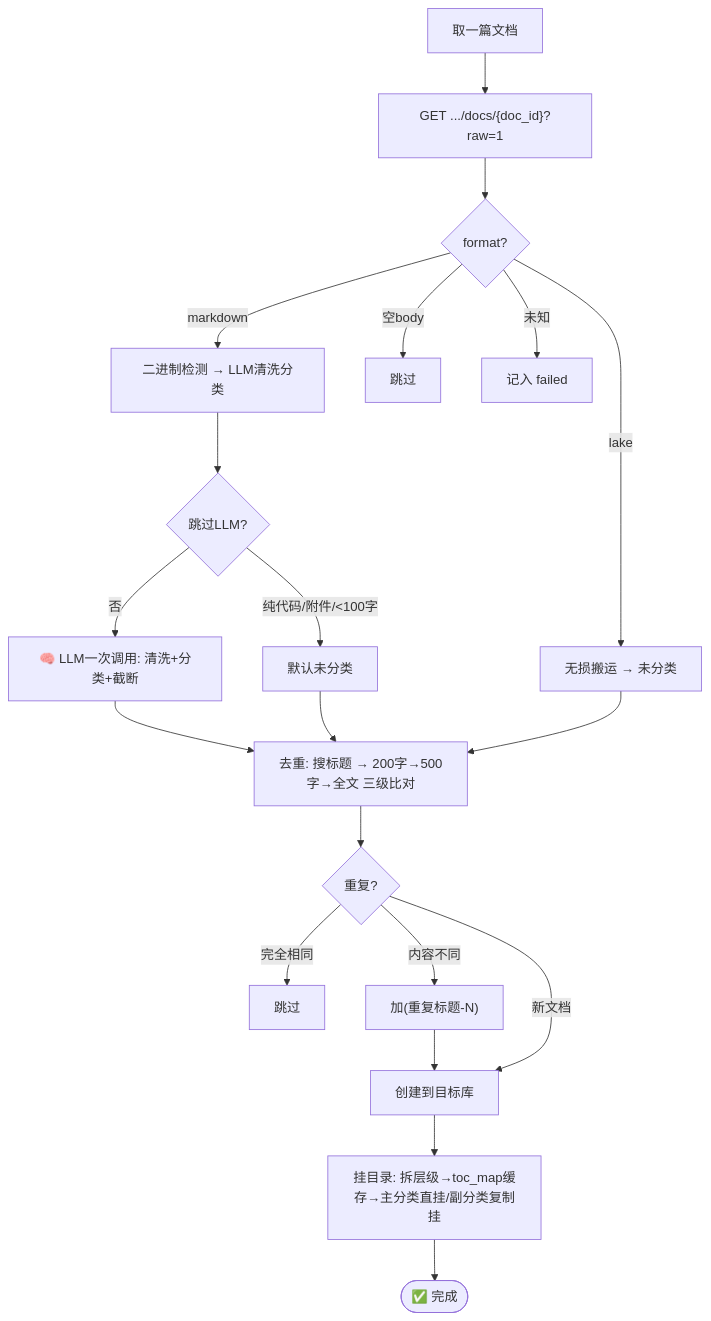
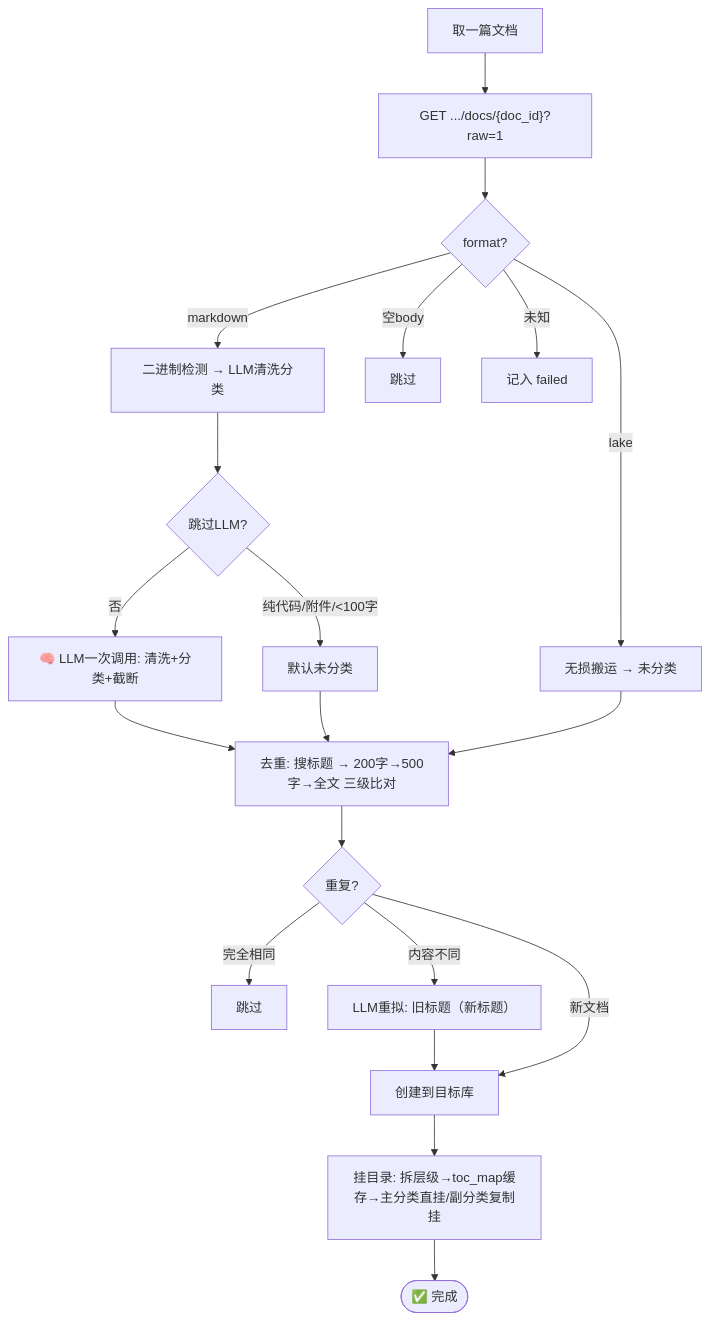
Before and after one commit to yehuoshun/yuque-migration-skill: the second of 4 diagrams in README.md, drawn with Mermaid. The commit also changed 1 other file, not shown here.

Commit message:
feat: 同标题不同内容用LLM重拟标题替代(重复标题-N)，格式: 旧标题（新标题）

````diff
--- a/README.md
+++ b/README.md
@@ -189,22 +189,22 @@
 ```mermaid
 flowchart TD
     S["取一篇文档"] --> A["GET .../docs/{doc_id}?raw=1"]
     A --> B{"format?"}
     B -->|markdown| M["二进制检测 → LLM清洗分类"]
     B -->|lake| L["无损搬运 → 未分类"]
     B -->|空body| SK["跳过"]
     B -->|未知| F["记入 failed"]
     M --> M1{"跳过LLM?"}
     M1 -->|纯代码/附件/<100字| MC["默认未分类"]
     M1 -->|否| M2["🧠 LLM一次调用: 清洗+分类+截断"]
     M2 --> D1
     MC --> D1["去重: 搜标题 → 200字→500字→全文 三级比对"]
     L --> D1
     D1 --> D2{"重复?"}
     D2 -->|完全相同| SKIP["跳过"]
-    D2 -->|内容不同| D3["加(重复标题-N)"]
+    D2 -->|内容不同| D3["LLM重拟: 旧标题（新标题）"]
     D3 --> CR["创建到目标库"]
     D2 -->|新文档| CR
     CR --> TC["挂目录: 拆层级→toc_map缓存→主分类直挂/副分类复制挂"]
     TC --> DN(["✅ 完成"])
 ```
````
